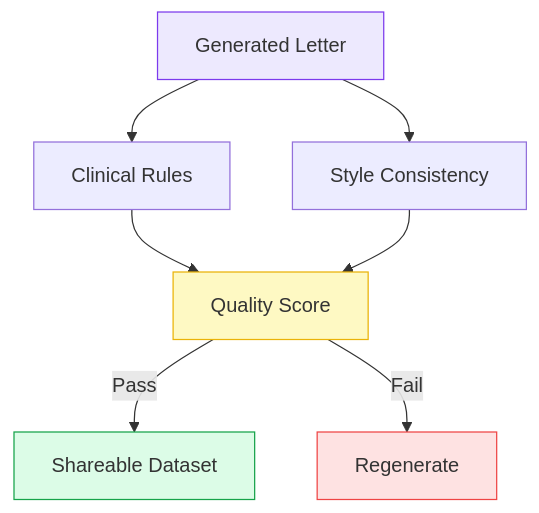
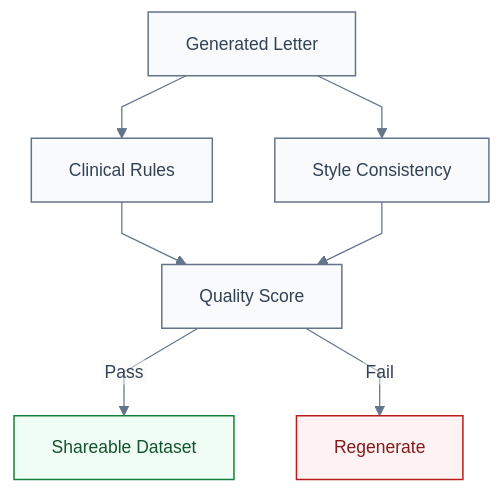
One commit to phiwi/clinical-turing-test changed the third of 3 diagrams in slides.md. Above: the diagram before and after it, drawn with Mermaid. The commit also changed other lines of this file, not shown here.

Commit message:
Update with correct date and mermaid unification.

````diff
--- a/slides.md
+++ b/slides.md
@@ -137,14 +142,18 @@
 ```mermaid
+%%{init: {'theme':'base','themeVariables': {'primaryColor':'#f8fafc','primaryTextColor':'#334155','primaryBorderColor':'#64748b','lineColor':'#64748b','fontSize':'14px'}, 'flowchart': {'curve': 'linear', 'htmlLabels': false}} }%%
 graph TD
   G[Generated Letter] --> C1[Clinical Rules]
   G --> C2[Style Consistency]
   C1 --> Q[Quality Score]
   C2 --> Q
   Q -->|Pass| S[Shareable Dataset]
   Q -->|Fail| R[Regenerate]
 
-  style G fill:#ede9fe,stroke:#7c3aed
-  style Q fill:#fef9c3,stroke:#eab308
-  style S fill:#dcfce7,stroke:#16a34a
-  style R fill:#fee2e2,stroke:#ef4444
+  classDef bad fill:#fef2f2,stroke:#b91c1c,stroke-width:1.2px,color:#7f1d1d;
+  classDef good fill:#f0fdf4,stroke:#15803d,stroke-width:1.2px,color:#14532d;
+  classDef neutral fill:#f8fafc,stroke:#64748b,stroke-width:1.2px,color:#334155;
+
+  class G,C1,C2,Q neutral;
+  class S good;
+  class R bad;
 ```
````
